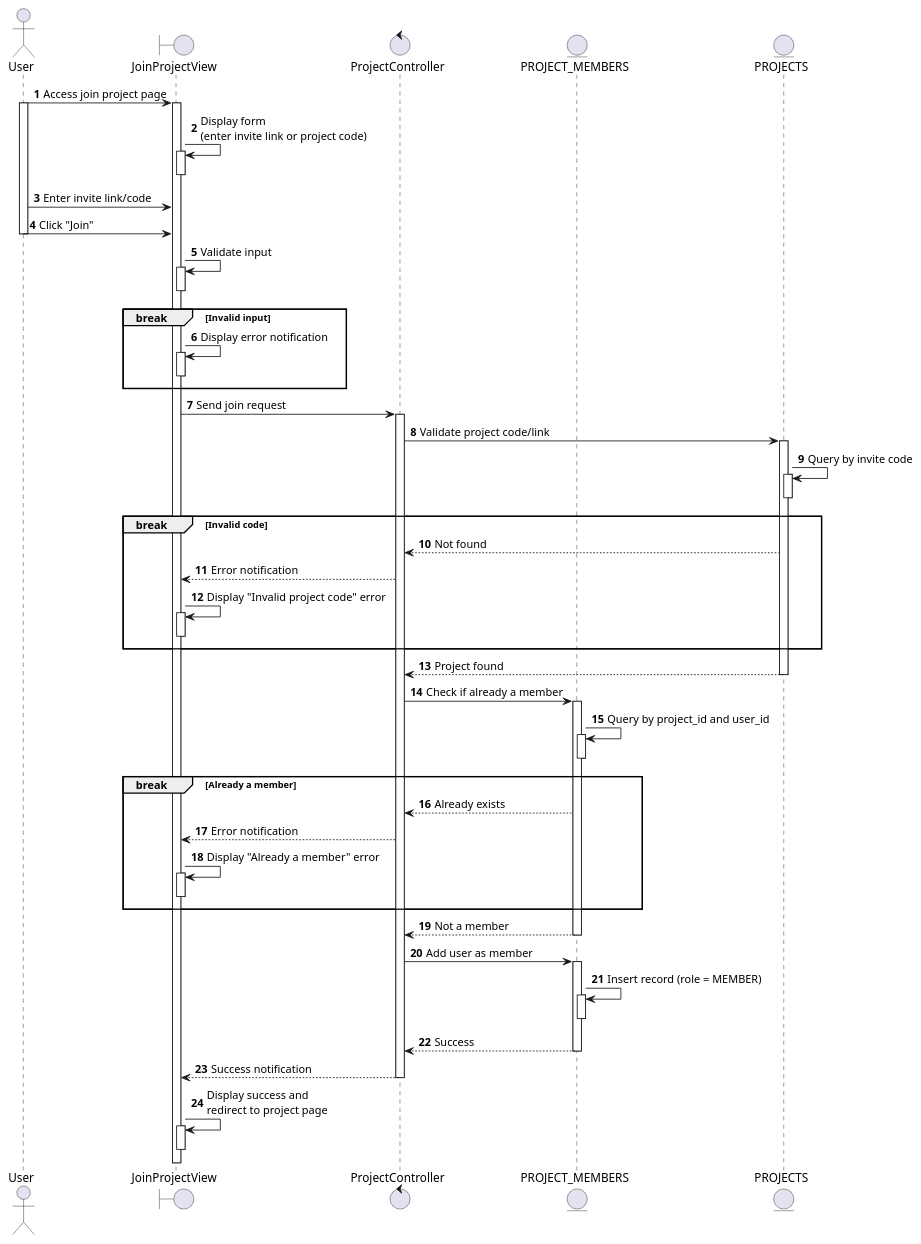
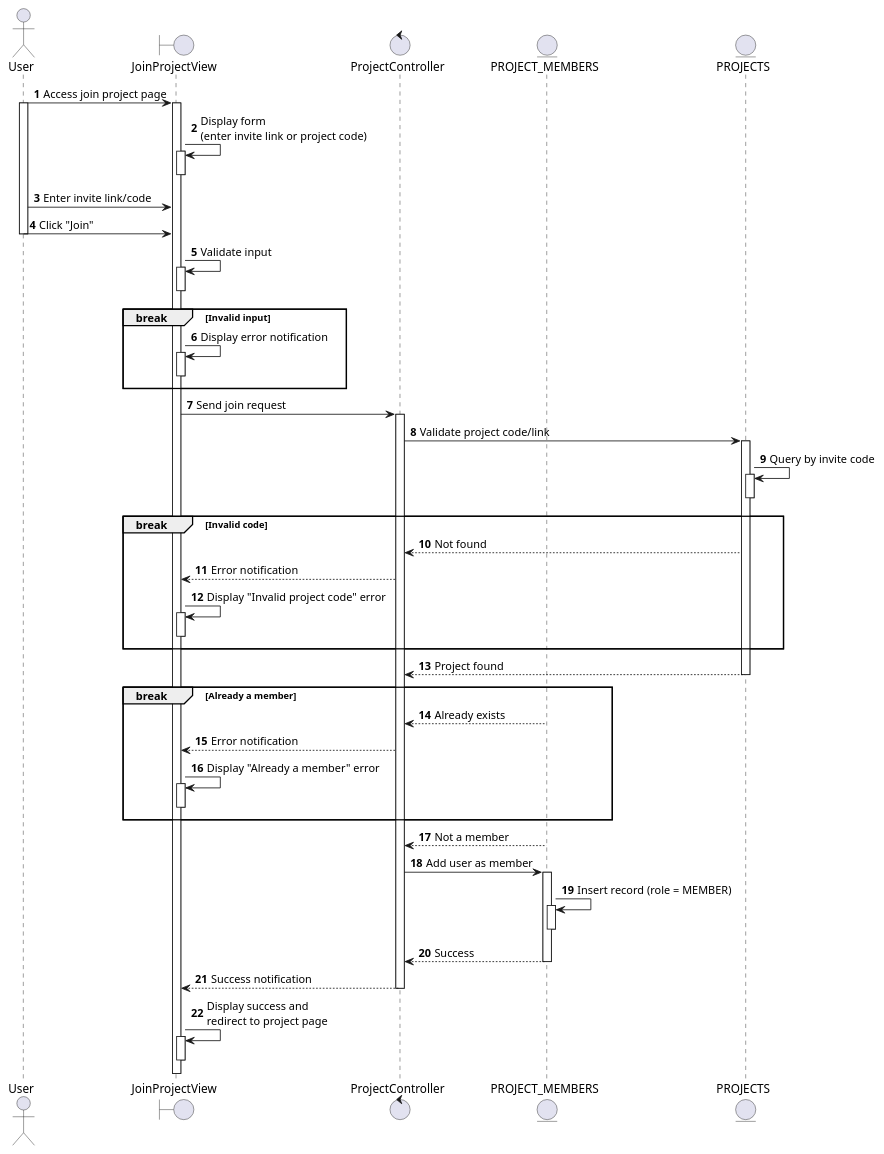
Before and after one commit to taskpilot-platform/taskpilot-platform.github.io: the diagram in docs/docs/sequence/project-management/join-project.md, drawn with PlantUML. The commit also changed 65 other files, not shown here.

Commit message:
docs: Add new sequence diagrams for various platform functionalities including project, task, sprint, user, and AI assistant management.

````diff
--- a/docs/docs/sequence/project-management/join-project.md
+++ b/docs/docs/sequence/project-management/join-project.md
@@ -3,82 +3,76 @@
 ```plantuml
 @startuml
 autonumber
 
 actor User as U
 boundary JoinProjectView as JPV
 control ProjectController as PC
 entity PROJECT_MEMBERS as PM
 entity PROJECTS as P
 
 U -> JPV: Access join project page
 activate U
 activate JPV
 JPV -> JPV: Display form\n(enter invite link or project code)
 activate JPV
 deactivate JPV
 
 U -> JPV: Enter invite link/code
 U -> JPV: Click "Join"
 deactivate U
 JPV -> JPV: Validate input
 activate JPV
 deactivate JPV
 
 break Invalid input
   JPV -> JPV: Display error notification
   activate JPV
   deactivate JPV
 end
 
 JPV -> PC: Send join request
 activate PC
 PC -> P: Validate project code/link
 activate P
 P -> P: Query by invite code
 activate P
 deactivate P
 
 break Invalid code
   PC <-- P: Not found
   JPV <-- PC: Error notification
   JPV -> JPV: Display "Invalid project code" error
   activate JPV
   deactivate JPV
 end
 
 PC <-- P: Project found
 deactivate P
 
-PC -> PM: Check if already a member
-activate PM
-PM -> PM: Query by project_id and user_id
-activate PM
-deactivate PM
-
 break Already a member
   PC <-- PM: Already exists
   JPV <-- PC: Error notification
   JPV -> JPV: Display "Already a member" error
   activate JPV
   deactivate JPV
 end
 
 PC <-- PM: Not a member
 deactivate PM
 
 PC -> PM: Add user as member
 activate PM
 PM -> PM: Insert record (role = MEMBER)
 activate PM
 deactivate PM
 PC <-- PM: Success
 deactivate PM
 
 JPV <-- PC: Success notification
 deactivate PC
 JPV -> JPV: Display success and\nredirect to project page
 activate JPV
 deactivate JPV
 
 @enduml
 ```
````
